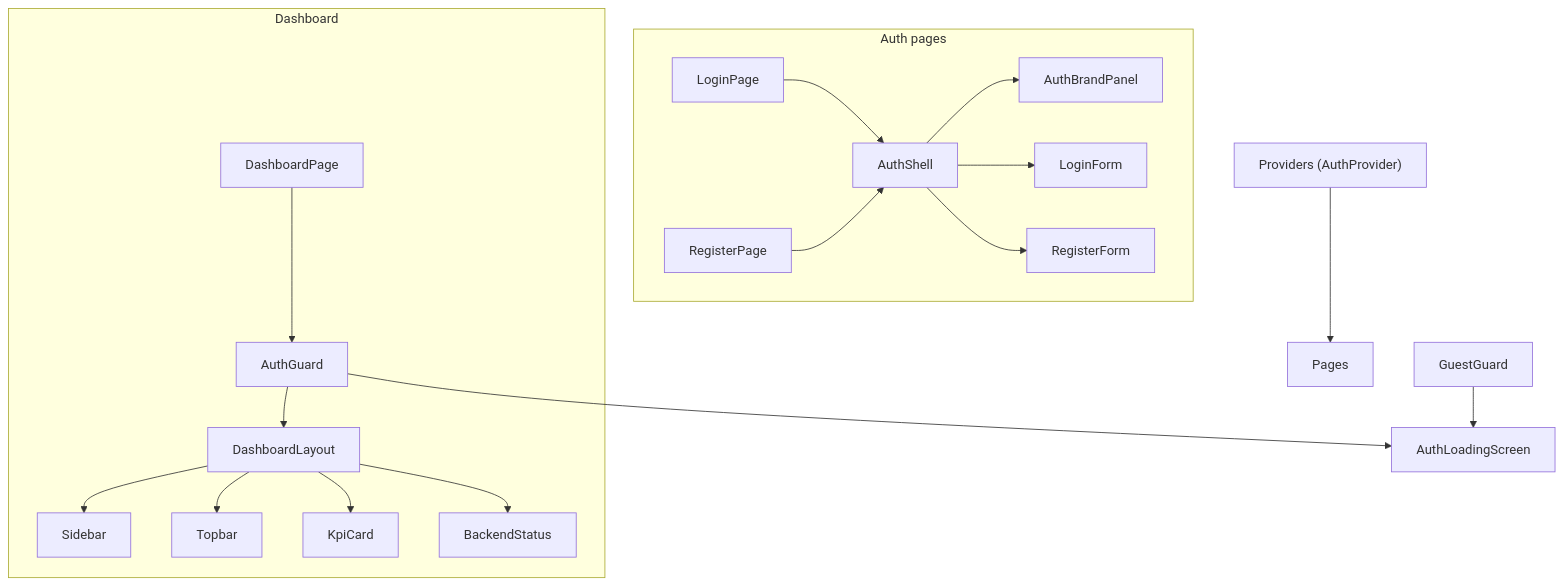
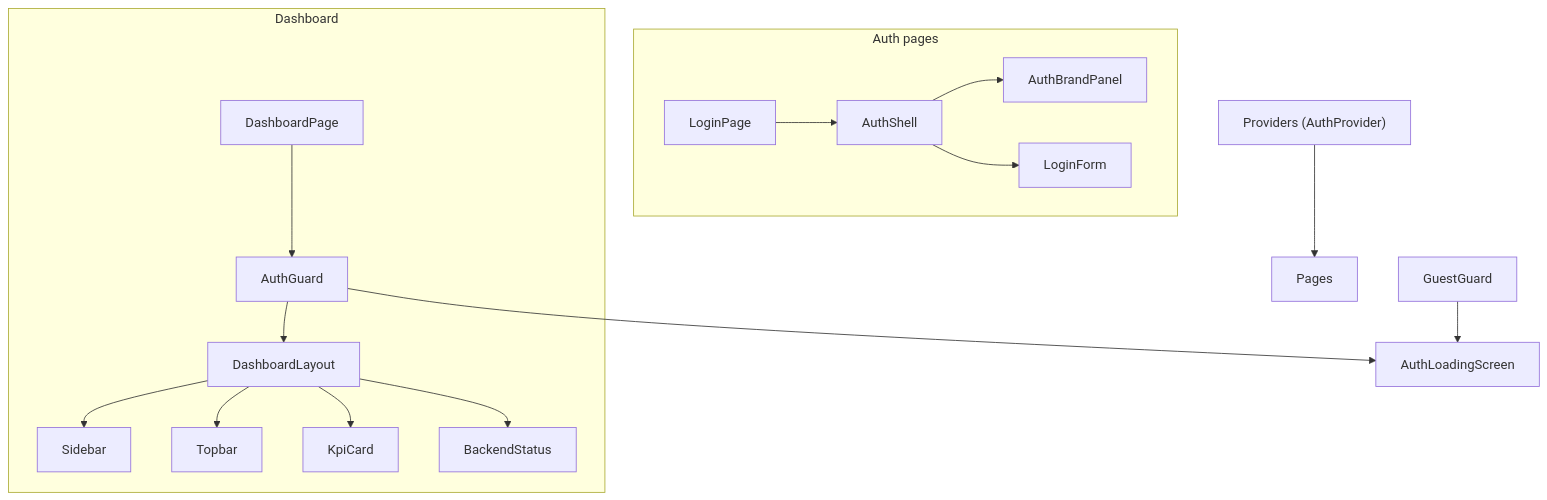
The third of 13 diagrams in docs/05_FRONTEND_ARCHITECTURE.md (pratapVansh/TRACE), drawn with Mermaid before and after one commit. The commit also changed other lines of this file and 49 other files, not shown here.

````diff
--- a/docs/05_FRONTEND_ARCHITECTURE.md
+++ b/docs/05_FRONTEND_ARCHITECTURE.md
@@ -193,21 +191,19 @@
 ```mermaid
 flowchart TB
     Providers["Providers (AuthProvider)"] --> Pages
     subgraph AuthPages["Auth pages"]
         LoginPage --> AuthShell
-        RegisterPage --> AuthShell
         AuthShell --> AuthBrandPanel
         AuthShell --> LoginForm
-        AuthShell --> RegisterForm
     end
     subgraph DashboardPages["Dashboard"]
         DashboardPage --> AuthGuard
         AuthGuard --> DashboardLayout
         DashboardLayout --> Sidebar
         DashboardLayout --> Topbar
         DashboardLayout --> KpiCard
         DashboardLayout --> BackendStatus
     end
     AuthGuard --> AuthLoadingScreen
     GuestGuard --> AuthLoadingScreen
 ```
````
